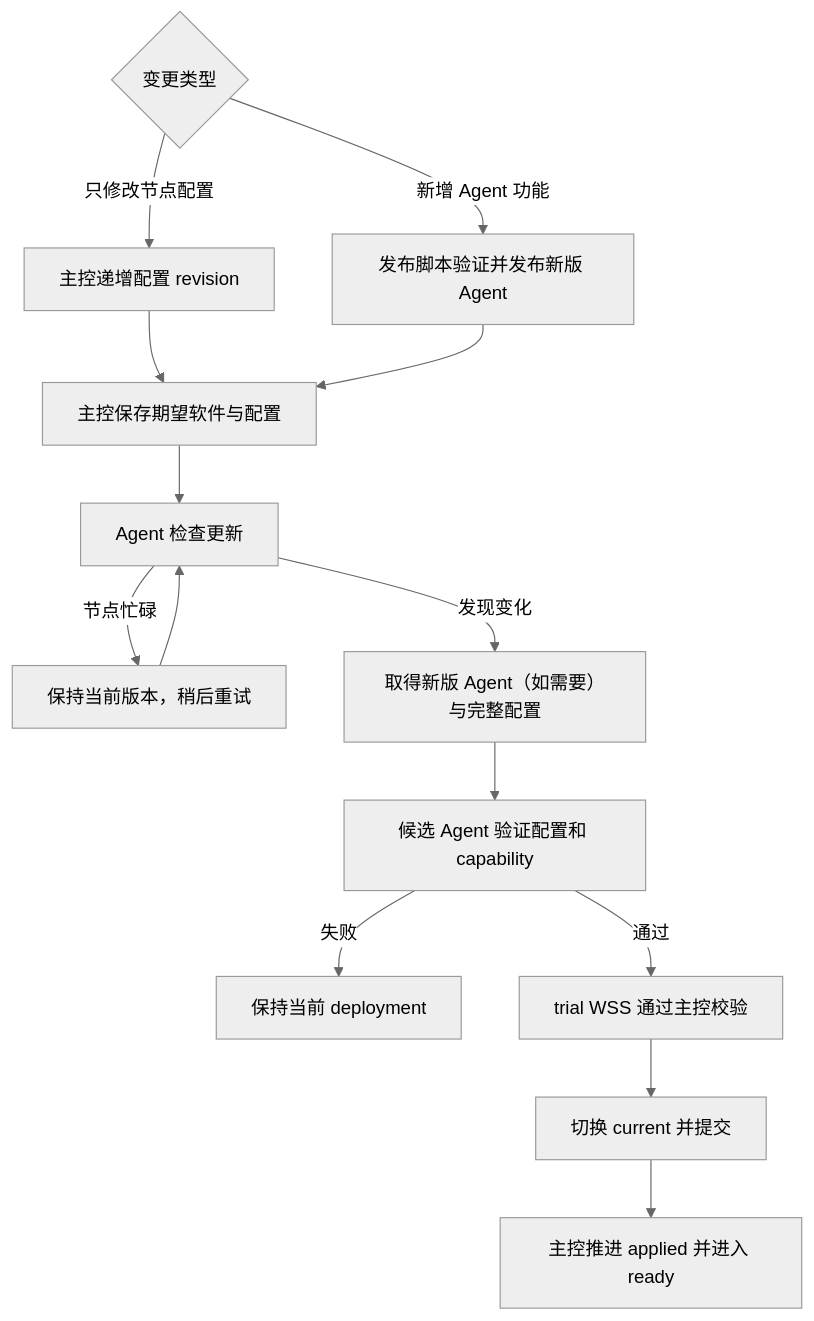
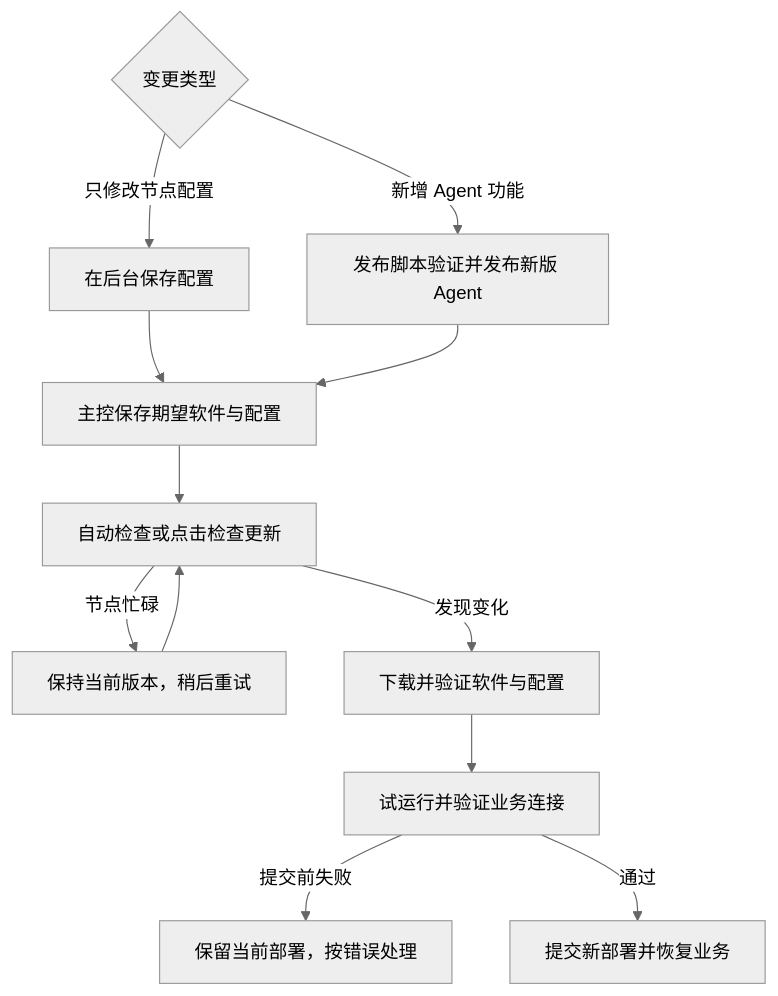
The diagram in docs/INSTALLATION.md (akastrmix/akastr-agent), drawn with Mermaid (neutral theme) before and after one commit. The commit also changed other lines of this file and 3 other files, not shown here.

````diff
--- a/docs/INSTALLATION.md
+++ b/docs/INSTALLATION.md
@@ -148,17 +137,15 @@
 ```mermaid
 flowchart TD
     A{变更类型}
-    A -->|只修改节点配置| B[主控递增配置 revision]
+    A -->|只修改节点配置| B[在后台保存配置]
     A -->|新增 Agent 功能| C[发布脚本验证并发布新版 Agent]
     B --> D[主控保存期望软件与配置]
     C --> D
-    D --> E[Agent 检查更新]
+    D --> E[自动检查或点击检查更新]
     E -->|节点忙碌| F[保持当前版本，稍后重试]
     F --> E
-    E -->|发现变化| G[取得新版 Agent（如需要）与完整配置]
-    G --> H[候选 Agent 验证配置和 capability]
-    H -->|失败| I[保持当前 deployment]
-    H -->|通过| J[trial WSS 通过主控校验]
-    J --> K[切换 current 并提交]
-    K --> L[主控推进 applied 并进入 ready]
+    E -->|发现变化| G[下载并验证软件与配置]
+    G --> H[试运行并验证业务连接]
+    H -->|提交前失败| I[保留当前部署，按错误处理]
+    H -->|通过| J[提交新部署并恢复业务]
 ```
````
